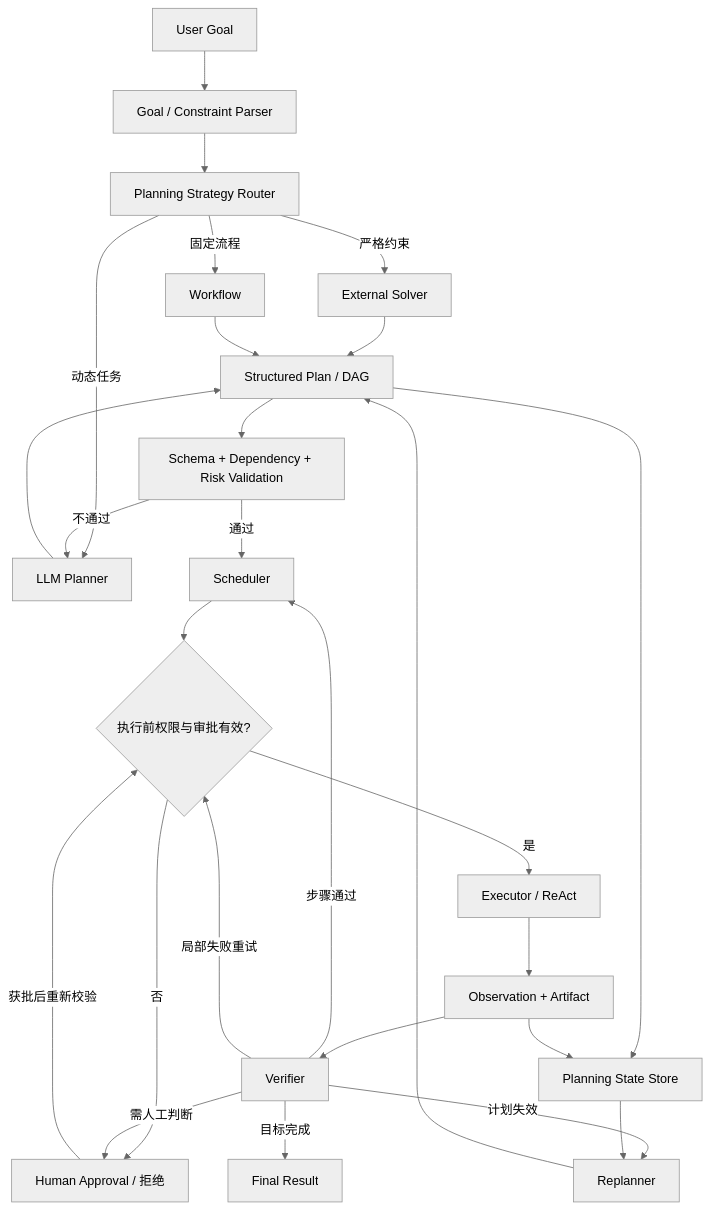
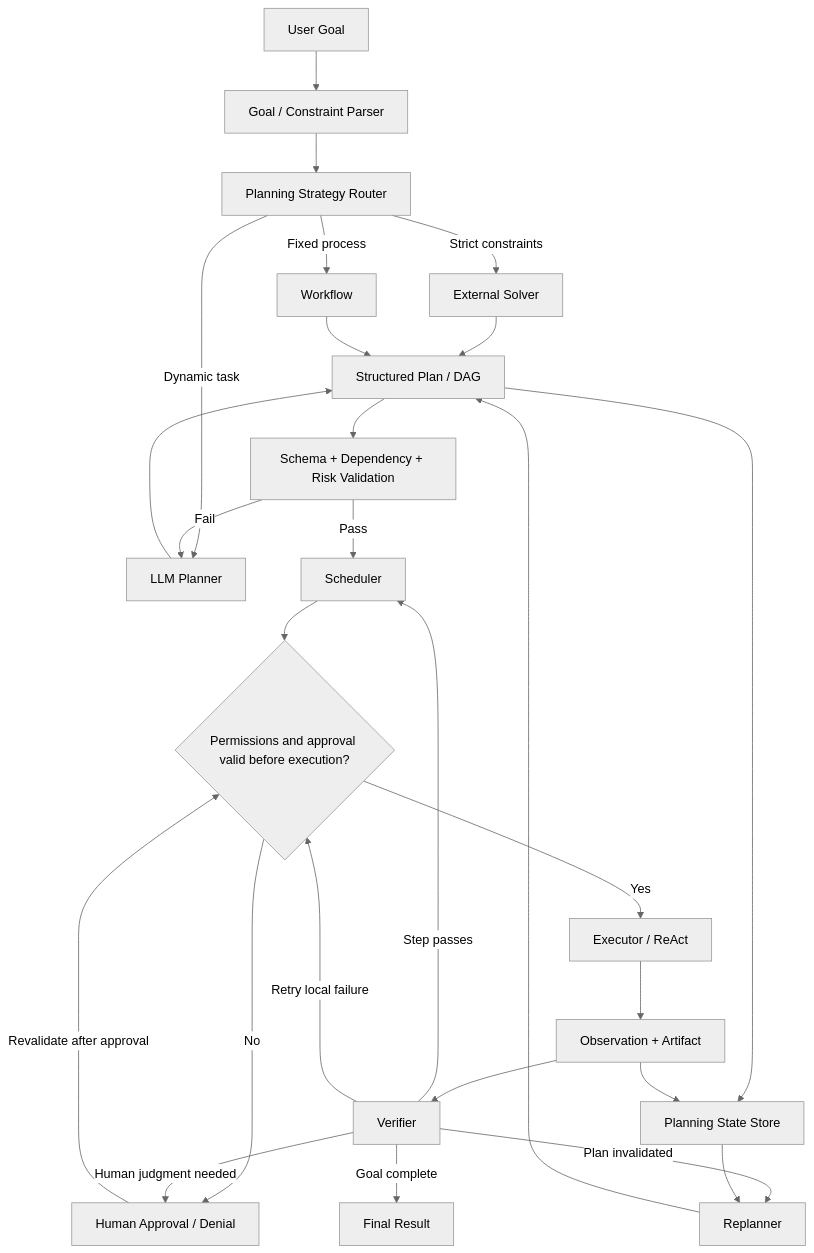
Diagram 17 of 17 in docs/agent/02-reasoning-planning/11-llm-agent-planning.md (oneleaveknowsthefall/awesome-ai-roadmap), drawn with Mermaid (neutral theme) before and after one commit. The commit also changed other lines of this file and 68 other files, not shown here.

````diff
--- a/docs/agent/02-reasoning-planning/11-llm-agent-planning.md
+++ b/docs/agent/02-reasoning-planning/11-llm-agent-planning.md
@@ -1015,35 +1017,35 @@
 ```mermaid
 flowchart TB
     INPUT[User Goal] --> NORMALIZE[Goal / Constraint Parser]
     NORMALIZE --> ROUTER[Planning Strategy Router]
 
-    ROUTER -->|固定流程| WF[Workflow]
-    ROUTER -->|动态任务| PLANNER[LLM Planner]
-    ROUTER -->|严格约束| SOLVER[External Solver]
+    ROUTER -->|Fixed process| WF[Workflow]
+    ROUTER -->|Dynamic task| PLANNER[LLM Planner]
+    ROUTER -->|Strict constraints| SOLVER[External Solver]
 
     PLANNER --> PLAN[Structured Plan / DAG]
     SOLVER --> PLAN
     WF --> PLAN
 
     PLAN --> VALIDATE[Schema + Dependency + Risk Validation]
-    VALIDATE -->|不通过| PLANNER
-    VALIDATE -->|通过| SCHED[Scheduler]
+    VALIDATE -->|Fail| PLANNER
+    VALIDATE -->|Pass| SCHED[Scheduler]
 
-    SCHED --> GATE{执行前权限与审批有效?}
-    GATE -->|是| EXEC[Executor / ReAct]
-    GATE -->|否| HUMAN[Human Approval / 拒绝]
-    HUMAN -->|获批后重新校验| GATE
+    SCHED --> GATE{Permissions and approval valid before execution?}
+    GATE -->|Yes| EXEC[Executor / ReAct]
+    GATE -->|No| HUMAN[Human Approval / Denial]
+    HUMAN -->|Revalidate after approval| GATE
     EXEC --> OBS[Observation + Artifact]
     OBS --> VERIFY[Verifier]
 
-    VERIFY -->|步骤通过| SCHED
-    VERIFY -->|局部失败重试| GATE
-    VERIFY -->|计划失效| REPLAN[Replanner]
+    VERIFY -->|Step passes| SCHED
+    VERIFY -->|Retry local failure| GATE
+    VERIFY -->|Plan invalidated| REPLAN[Replanner]
     REPLAN --> PLAN
-    VERIFY -->|需人工判断| HUMAN
-    VERIFY -->|目标完成| DONE[Final Result]
+    VERIFY -->|Human judgment needed| HUMAN
+    VERIFY -->|Goal complete| DONE[Final Result]
 
     PLAN --> STATE[Planning State Store]
     OBS --> STATE
     STATE --> REPLAN
 ```
````
